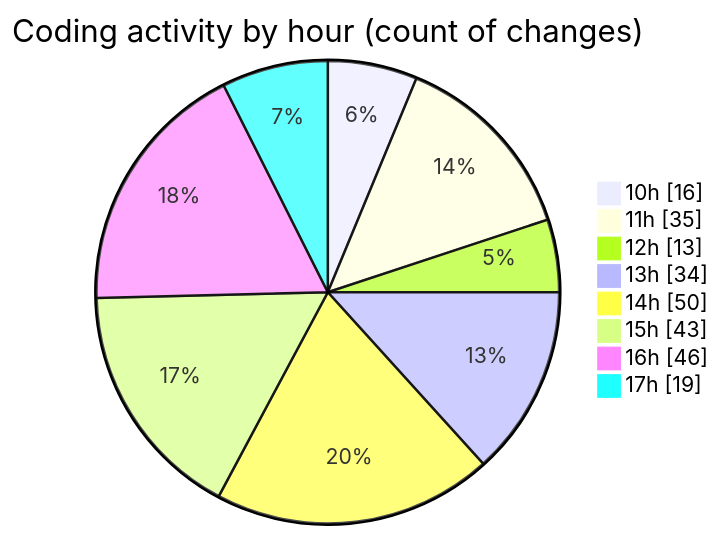
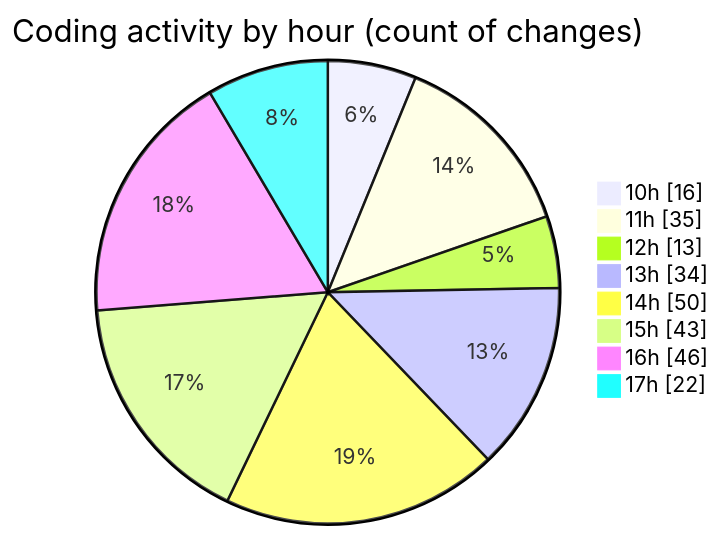
The second of 2 diagrams in 2025-02-20/micros/README.md (charlie-sans/code-tracking), drawn with Mermaid before and after one commit. The commit also changed other lines of this file and 1 other file, not shown here.

````diff
--- a/2025-02-20/micros/README.md
+++ b/2025-02-20/micros/README.md
@@ -70,12 +70,12 @@
 ```mermaid
 pie showData
 title Coding activity by hour (count of changes)
 "10h" : 16
 "11h" : 35
 "12h" : 13
 "13h" : 34
 "14h" : 50
 "15h" : 43
 "16h" : 46
-"17h" : 19
+"17h" : 22
 ```
````
